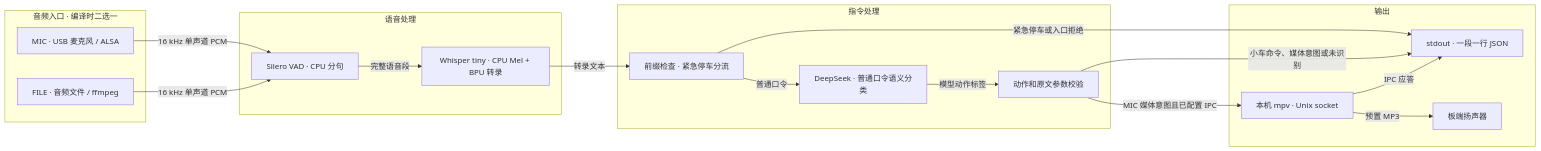
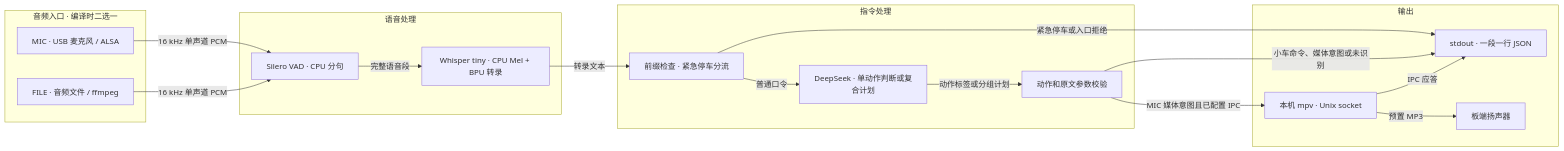
The first of 3 diagrams in demo/smart_car/voice_control/docs/flow.md (hhlqwq/models_deploy), drawn with Mermaid before and after one commit. The commit also changed other lines of this file and 5 other files, not shown here.

````diff
--- a/demo/smart_car/voice_control/docs/flow.md
+++ b/demo/smart_car/voice_control/docs/flow.md
@@ -13,33 +13,33 @@
 ```mermaid
 flowchart LR
     subgraph Inputs["音频入口 · 编译时二选一"]
         Mic["MIC · USB 麦克风 / ALSA"]
         File["FILE · 音频文件 / ffmpeg"]
     end
     subgraph Speech["语音处理"]
         Vad["Silero VAD · CPU 分句"]
         Asr["Whisper tiny · CPU Mel + BPU 转录"]
     end
     subgraph Decision["指令处理"]
         Gate["前缀检查 · 紧急停车分流"]
         Validate["动作和原文参数校验"]
-        Llm["DeepSeek · 普通口令语义分类"]
+        Llm["DeepSeek · 单动作判断或复合计划"]
     end
     subgraph Outputs["输出"]
         Json["stdout · 一段一行 JSON"]
         Player["本机 mpv · Unix socket"]
         Speaker["板端扬声器"]
     end
 
     Mic -->|"16 kHz 单声道 PCM"| Vad
     File -->|"16 kHz 单声道 PCM"| Vad
     Vad -->|"完整语音段"| Asr
     Asr -->|"转录文本"| Gate
     Gate -->|"普通口令"| Llm
     Gate -->|"紧急停车或入口拒绝"| Json
-    Llm -->|"模型动作标签"| Validate
+    Llm -->|"动作标签或分组计划"| Validate
     Validate -->|"小车命令、媒体意图或未识别"| Json
     Validate -->|"MIC 媒体意图且已配置 IPC"| Player
     Player -->|"IPC 应答"| Json
     Player -->|"预置 MP3"| Speaker
 ```
````
